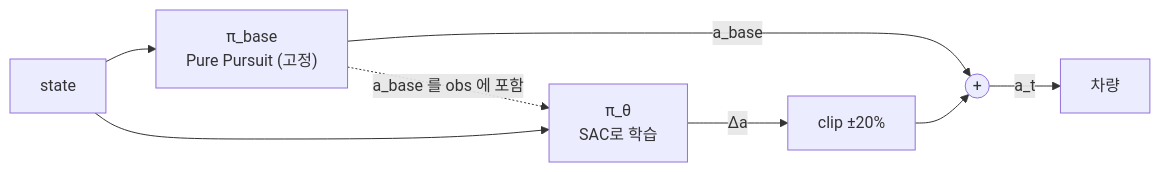
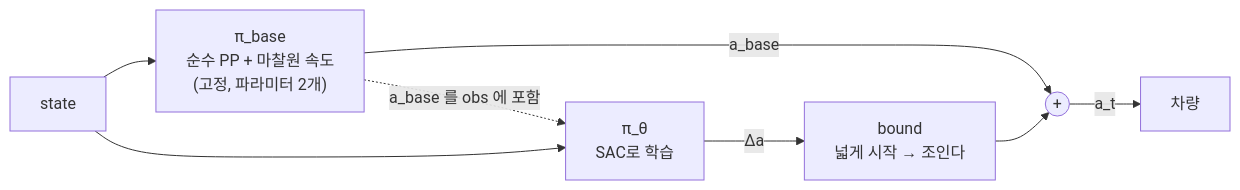
One commit to nhg0209/CLAUDE changed the diagram in Concepts/Residual Policy Learning.md. Above: the diagram before and after it, drawn with Mermaid. The commit also changed other lines of this file and 2 other files, not shown here.

````diff
--- a/Concepts/Residual Policy Learning.md
+++ b/Concepts/Residual Policy Learning.md
@@ -22,10 +29,10 @@
 ```mermaid
 flowchart LR
-    S[state] --> B["π_base<br/>Pure Pursuit (고정)"]
+    S[state] --> B["π_base<br/>순수 PP + 마찰원 속도<br/>(고정, 파라미터 2개)"]
     S --> P["π_θ<br/>SAC로 학습"]
     B -->|a_base| SUM(("+"))
-    P -->|Δa| CLIP["clip ±20%"]
+    P -->|Δa| CLIP["bound<br/>넓게 시작 → 조인다"]
     CLIP --> SUM
     SUM -->|a_t| V[차량]
     B -.->|a_base 를 obs 에 포함| P
 ```
````
